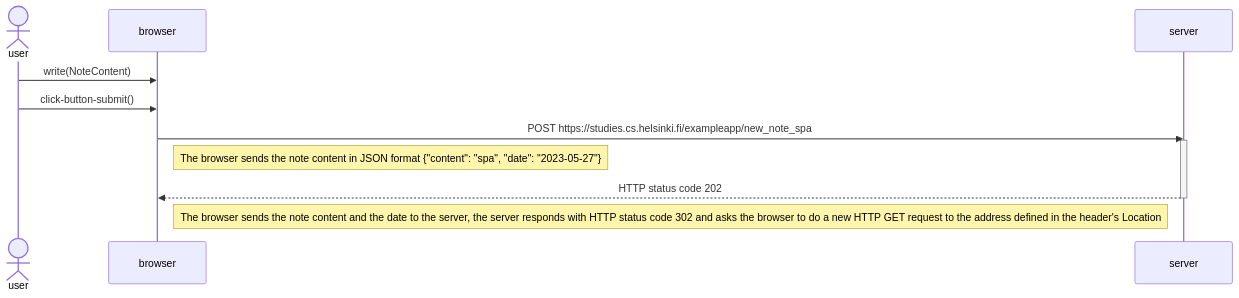
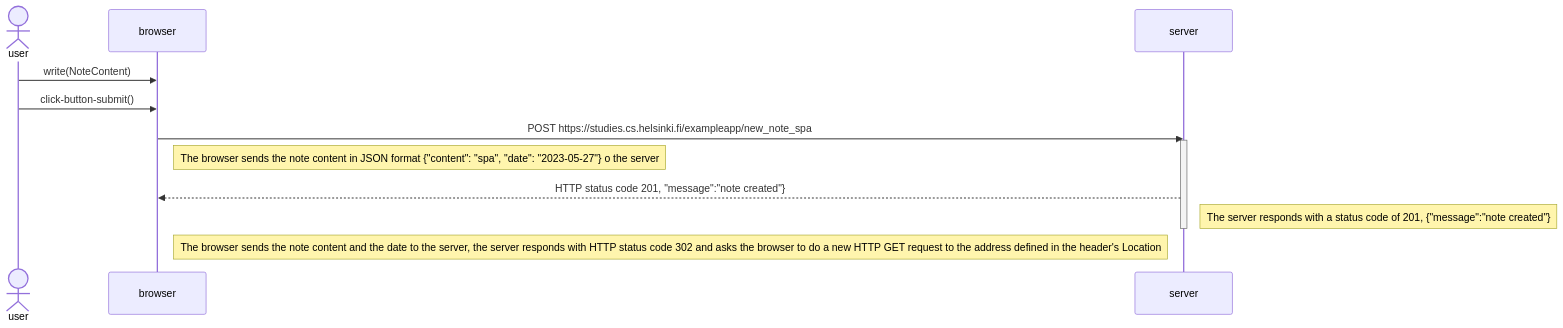
Before and after one commit to nourbenmoulehem/mermaid-markdown-practice: the diagram in spa-sequenceDiagram.md, drawn with Mermaid.

````diff
--- a/spa-sequenceDiagram.md
+++ b/spa-sequenceDiagram.md
@@ -1,19 +1,20 @@
 ```mermaid
 sequenceDiagram
   actor user
   participant browser
   participant server
 
   user->>browser: write(NoteContent)
   user->>browser: click-button-submit()
   
   browser->>server: POST https://studies.cs.helsinki.fi/exampleapp/new_note_spa
   activate server
-  Note right of browser: The browser sends the note content in JSON format {"content": "spa", "date": "2023-05-27"}
-  server-->>browser: HTTP status code 202
+  Note right of browser: The browser sends the note content in JSON format {"content": "spa", "date": "2023-05-27"} o the server
+  server-->>browser: HTTP status code 201, "message":"note created"}
+  Note right of server: The server responds with a status code of 201, {"message":"note created"}
   deactivate server
   
   Note right of browser: The browser sends the note content and the date to the server, the server responds with HTTP status code 302 and asks the browser to do a new HTTP GET request to the address defined in the header's Location
   
  
 ```
````
